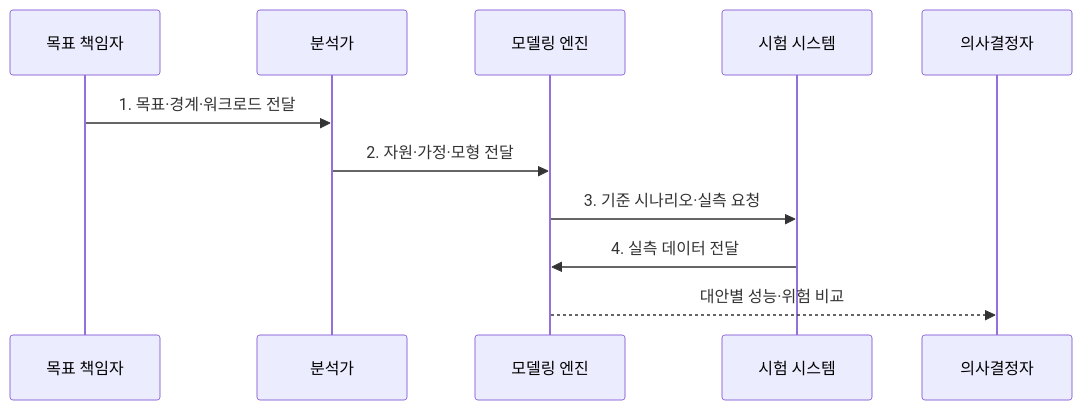
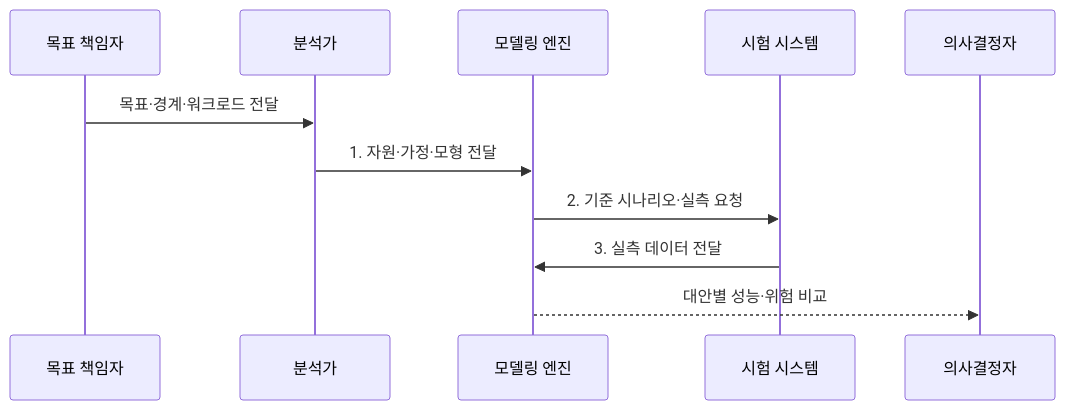
One commit to agnusdei1207/knowledge-base changed the second of 2 diagrams in src/content/docs/notes/06-evaluation/011_performance_modeling.md. Above: the diagram before and after it, drawn with Mermaid. The commit also changed other lines of this file and 12 other files, not shown here.

````diff
--- a/src/content/docs/notes/06-evaluation/011_performance_modeling.md
+++ b/src/content/docs/notes/06-evaluation/011_performance_modeling.md
@@ -78,13 +78,13 @@
 ```mermaid
 sequenceDiagram
   participant O as 목표 책임자
   participant A as 분석가
   participant M as 모델링 엔진
   participant T as 시험 시스템
   participant D as 의사결정자
-  O->>A: 1. 목표·경계·워크로드 전달
-  A->>M: 2. 자원·가정·모형 전달
-  M->>T: 3. 기준 시나리오·실측 요청
-  T->>M: 4. 실측 데이터 전달
+  O->>A: 목표·경계·워크로드 전달
+  A->>M: 1. 자원·가정·모형 전달
+  M->>T: 2. 기준 시나리오·실측 요청
+  T->>M: 3. 실측 데이터 전달
   M-->>D: 대안별 성능·위험 비교
 ```
````
